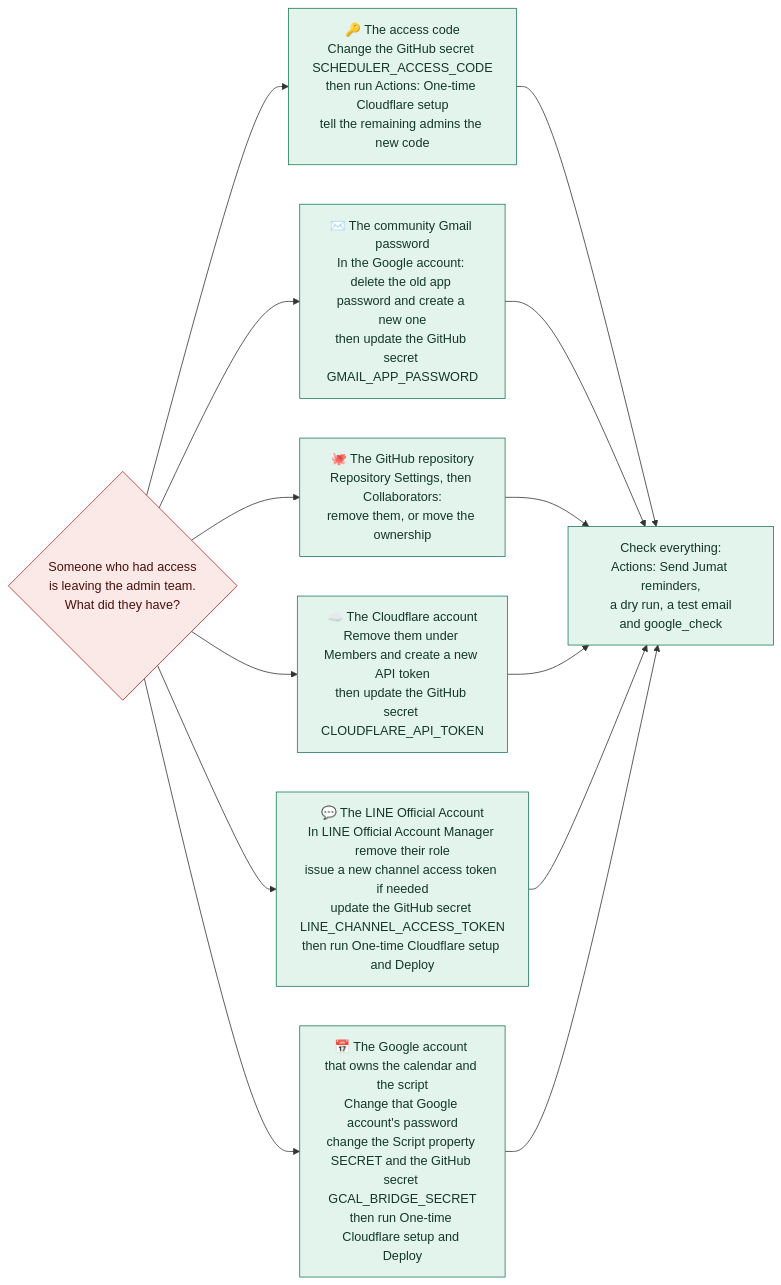
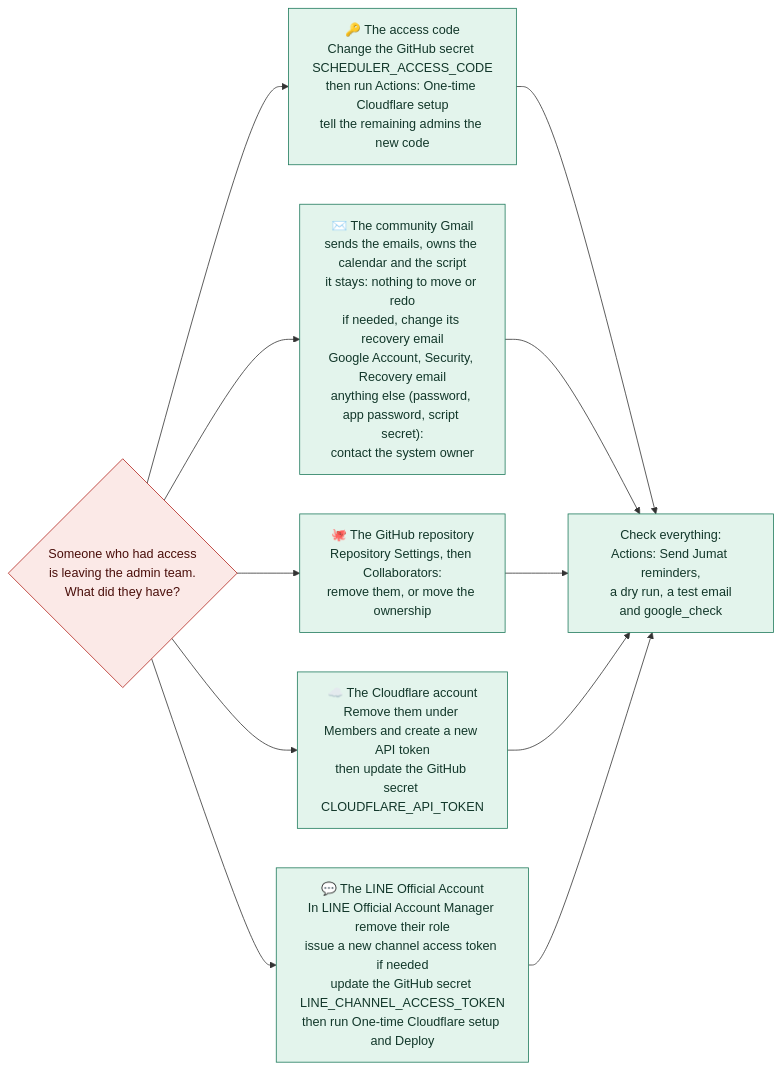
Before and after one commit to mushaffarasyidridha/Jumat-Scheduler-NAIST: the tenth of 12 diagrams in docs/GUIDE.md, drawn with Mermaid. The commit also changed other lines of this file and 5 other files, not shown here.

First line of the commit message:
Guide: the community Gmail stays when the admin changes

````diff
--- a/docs/GUIDE.md
+++ b/docs/GUIDE.md
@@ -402,22 +402,20 @@
 ```mermaid
 flowchart LR
   B{"Someone who had access<br/>is leaving the admin team.<br/>What did they have?"}
   B --> D1["🔑 The access code<br/>Change the GitHub secret SCHEDULER_ACCESS_CODE<br/>then run Actions: One-time Cloudflare setup<br/>tell the remaining admins the new code"]
-  B --> D2["✉️ The community Gmail password<br/>In the Google account: delete the old app password and create a new one<br/>then update the GitHub secret GMAIL_APP_PASSWORD"]
+  B --> D2["✉️ The community Gmail<br/>sends the emails, owns the calendar and the script<br/>it stays: nothing to move or redo<br/>if needed, change its recovery email<br/>Google Account, Security, Recovery email<br/>anything else (password, app password, script secret):<br/>contact the system owner"]
   B --> D3["🐙 The GitHub repository<br/>Repository Settings, then Collaborators:<br/>remove them, or move the ownership"]
   B --> D4["☁️ The Cloudflare account<br/>Remove them under Members and create a new API token<br/>then update the GitHub secret CLOUDFLARE_API_TOKEN"]
   B --> D5["💬 The LINE Official Account<br/>In LINE Official Account Manager remove their role<br/>issue a new channel access token if needed<br/>update the GitHub secret LINE_CHANNEL_ACCESS_TOKEN<br/>then run One-time Cloudflare setup and Deploy"]
-  B --> D6["📅 The Google account that owns the calendar and the script<br/>Change that Google account's password<br/>change the Script property SECRET and the GitHub secret GCAL_BRIDGE_SECRET<br/>then run One-time Cloudflare setup and Deploy"]
 
   D1 --> E["Check everything:<br/>Actions: Send Jumat reminders,<br/>a dry run, a test email<br/>and google_check"]
   D2 --> E
   D3 --> E
   D4 --> E
   D5 --> E
-  D6 --> E
 
   classDef admin fill:#e3f4ec,stroke:#1f7a5c,color:#12372a
   classDef warn fill:#fbe9e7,stroke:#b3261e,color:#4a0f0b
   class B warn
-  class D1,D2,D3,D4,D5,D6,E admin
+  class D1,D2,D3,D4,D5,E admin
 ```
````
